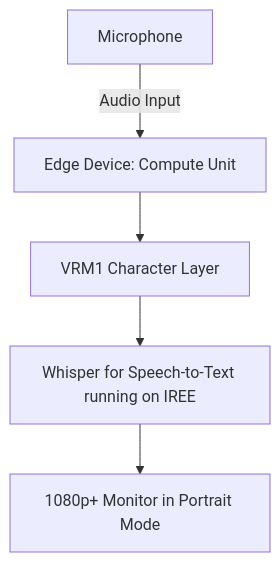
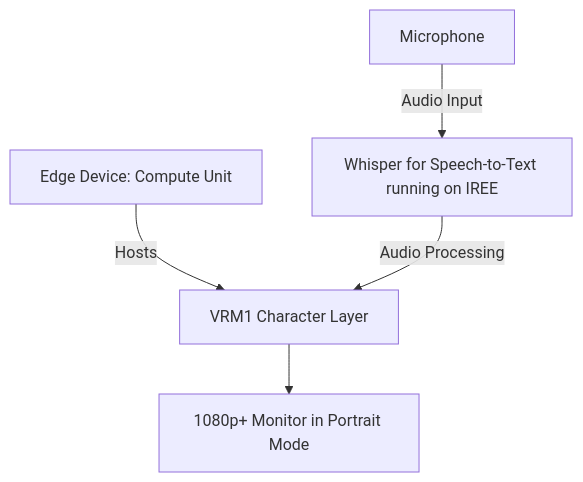
One commit to V-Sekai/manuals changed the diagram in prototypes/20230908-bendable-screen-generative-assistant.md. Above: the diagram before and after it, drawn with Mermaid. The commit also changed other lines of this file, not shown here.

````diff
--- a/prototypes/20230908-bendable-screen-generative-assistant.md
+++ b/prototypes/20230908-bendable-screen-generative-assistant.md
@@ -46,7 +46,7 @@
 ```mermaid
 graph TD
-A[Edge Device: Compute Unit] --> B[VRM1 Character Layer]
-B --> D[Whisper for Speech-to-Text running on IREE]
-D --> F[1080p+ Monitor in Portrait Mode]
-H[Microphone] -- Audio Input --> A
+A[Edge Device: Compute Unit] -->|Hosts| B[VRM1 Character Layer]
+C[Whisper for Speech-to-Text running on IREE] -- Audio Processing --> B
+B --> D[1080p+ Monitor in Portrait Mode]
+E[Microphone] -- Audio Input --> C
 ```
````
